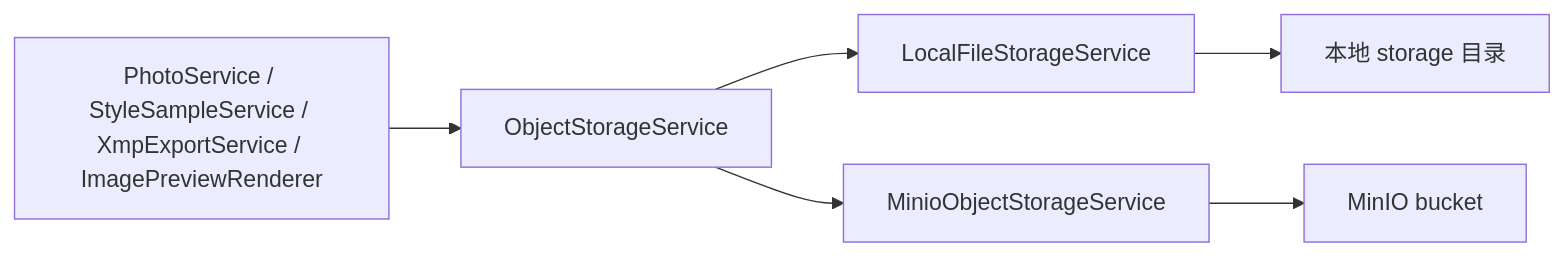
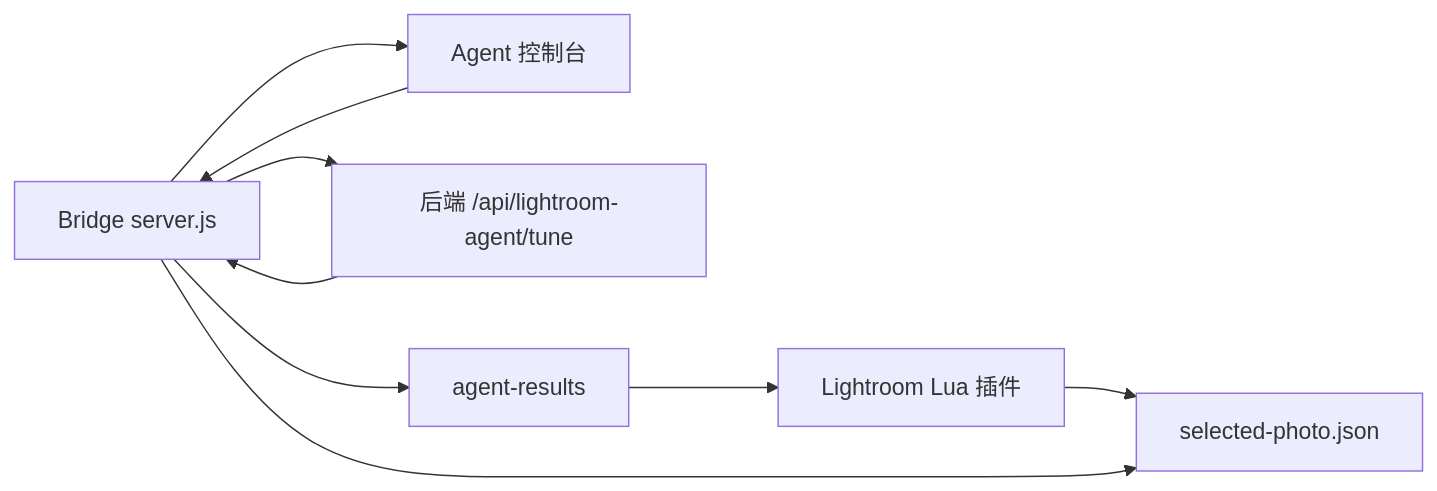
The fourth of 4 diagrams in docs/architecture.md (malchinee255/TonePilot), drawn with Mermaid before and after one commit. The commit also changed other lines of this file and 64 other files, not shown here.

````diff
--- a/docs/architecture.md
+++ b/docs/architecture.md
@@ -207,8 +90,11 @@
 ```mermaid
 flowchart LR
-  A["PhotoService / StyleSampleService / XmpExportService / ImagePreviewRenderer"] --> B["ObjectStorageService"]
-  B --> C["LocalFileStorageService"]
-  B --> D["MinioObjectStorageService"]
-  D --> E["MinIO bucket"]
-  C --> F["本地 storage 目录"]
+  A["Lightroom Lua 插件"] --> B["selected-photo.json"]
+  C["Bridge server.js"] --> B
+  C --> D["Agent 控制台"]
+  D --> C
+  C --> E["后端 /api/lightroom-agent/tune"]
+  E --> C
+  C --> F["agent-results"]
+  F --> A
 ```
````
